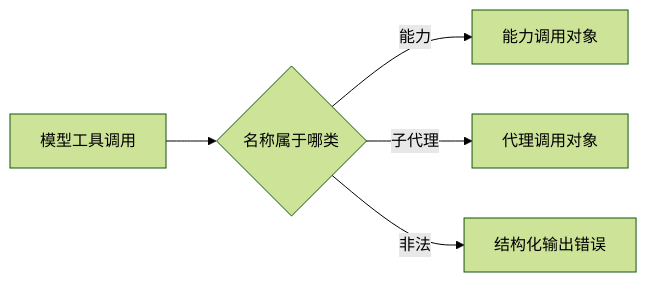
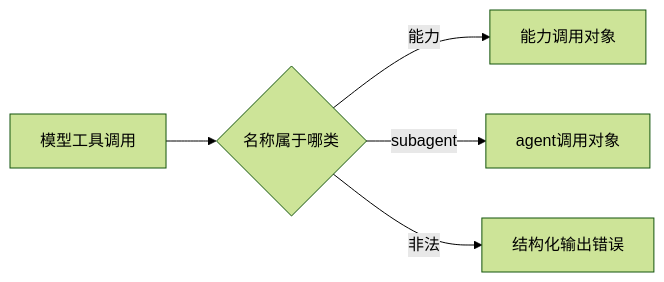
Before and after one commit to Arthur999459up/GitAgent: the fourth of 10 diagrams in docs/01-agent-loop-and-architecture.md, drawn with Mermaid (forest theme). The commit also changed other lines of this file and 15 other files, not shown here.

````diff
--- a/docs/01-agent-loop-and-architecture.md
+++ b/docs/01-agent-loop-and-architecture.md
@@ -140,7 +140,7 @@
 ```mermaid
 flowchart LR
     A[模型工具调用] --> B{名称属于哪类}
     B -->|能力| C[能力调用对象]
-    B -->|子代理| D[代理调用对象]
+    B -->|subagent| D[agent调用对象]
     B -->|非法| E[结构化输出错误]
 ```
````
